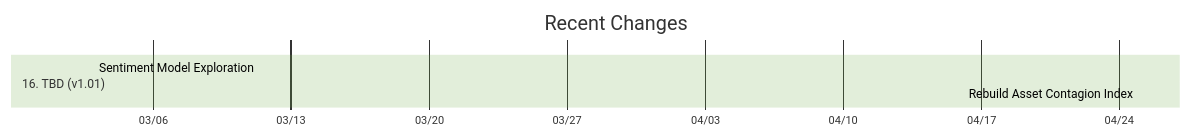
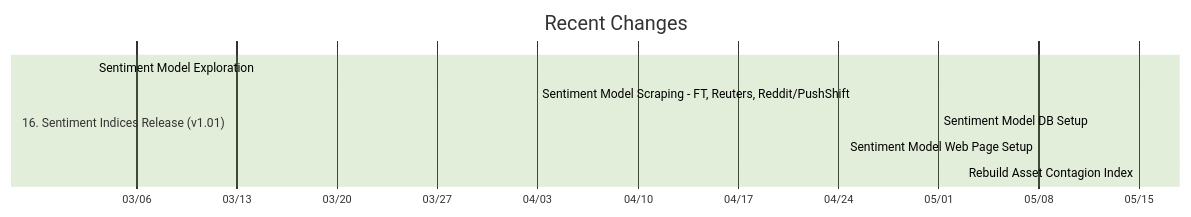
One commit to bongohead/econforecasting-r changed the diagram in README.md. Above: the diagram before and after it, drawn with Mermaid (forest theme). The commit also changed other lines of this file and 2 other files, not shown here.

````diff
--- a/README.md
+++ b/README.md
@@ -10,9 +10,12 @@
 ```mermaid
 gantt
     title Recent Changes
     dateFormat  M/D/Y
     axisFormat  %m/%d
-    section 16. TBD (v1.01)
-      Sentiment Model Exploration      :3/3/22, 4/22/22
-      Rebuild Asset Contagion Index    :4/25/22, 5/1/22
+    section 16. Sentiment Indices Release (v1.01)
+      Sentiment Model Exploration      :3/3/22, 4/24/22
+      Sentiment Model Scraping - FT, Reuters, Reddit/PushShift      :4/3/22, 5/8/22
+      Sentiment Model DB Setup      :5/1/22, 5/8/22
+      Sentiment Model Web Page Setup      :5/8/22, 5/15/22
+      Rebuild Asset Contagion Index    :5/15/22, 5/22/22
 ```
````
